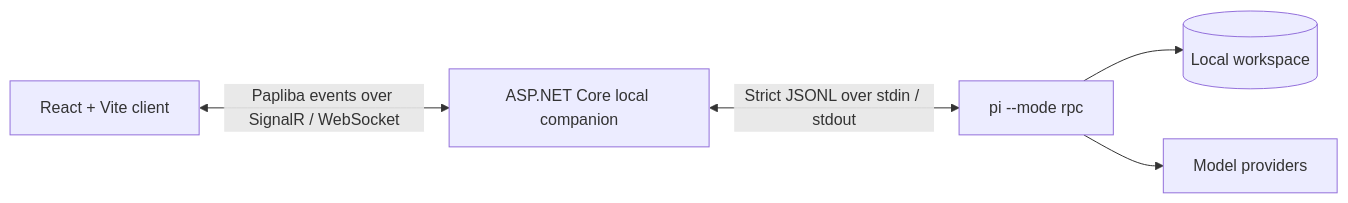
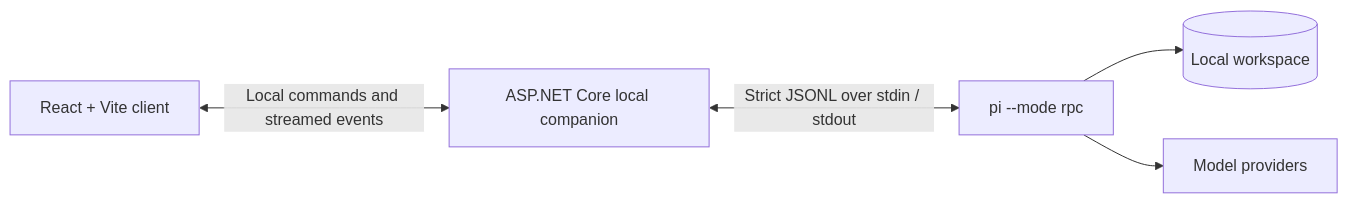
The diagram in README.md (sunnybharne/papliba), drawn with Mermaid before and after one commit. The commit also changed other lines of this file and 25 other files, not shown here.

````diff
--- a/README.md
+++ b/README.md
@@ -23,7 +27,7 @@
 ```mermaid
 flowchart LR
-    UI[React + Vite client] <-->|Papliba events over SignalR / WebSocket| Bridge[ASP.NET Core local companion]
+    UI[React + Vite client] <-->|Local commands and streamed events| Bridge[ASP.NET Core local companion]
     Bridge <-->|Strict JSONL over stdin / stdout| Pi[pi --mode rpc]
     Pi --> Workspace[(Local workspace)]
     Pi --> Providers[Model providers]
 ```
````
